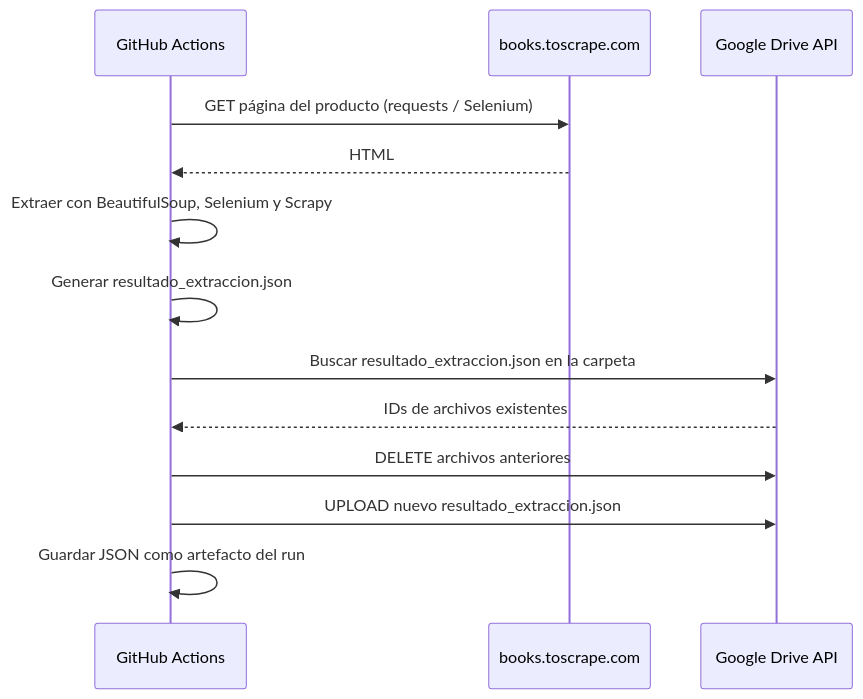
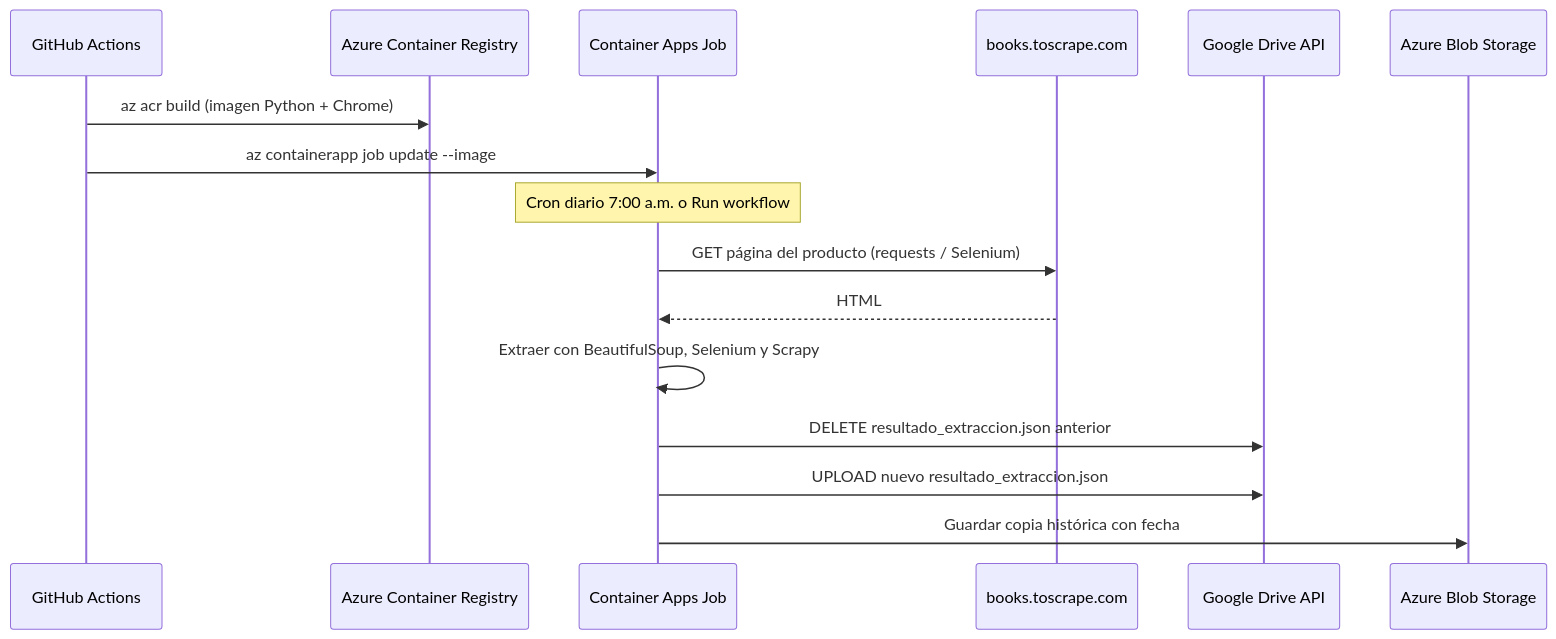
One commit to svalenciah19/p-analisis_datos-g10 changed the third of 3 diagrams in README.md. Above: the diagram before and after it, drawn with Mermaid. The commit also changed other lines of this file and 20 other files, not shown here.

First line of the commit message:
feat: Integrate Azure Blob Storage for historical data storage

````diff
--- a/README.md
+++ b/README.md
@@ -154,15 +190,18 @@
 ```mermaid
 sequenceDiagram
     participant GH as GitHub Actions
+    participant ACR as Azure Container Registry
+    participant Job as Container Apps Job
     participant Web as books.toscrape.com
     participant API as Google Drive API
-    GH->>Web: GET página del producto (requests / Selenium)
-    Web-->>GH: HTML
-    GH->>GH: Extraer con BeautifulSoup, Selenium y Scrapy
-    GH->>GH: Generar resultado_extraccion.json
-    GH->>API: Buscar resultado_extraccion.json en la carpeta
-    API-->>GH: IDs de archivos existentes
-    GH->>API: DELETE archivos anteriores
-    GH->>API: UPLOAD nuevo resultado_extraccion.json
-    GH->>GH: Guardar JSON como artefacto del run
+    participant Blob as Azure Blob Storage
+    GH->>ACR: az acr build (imagen Python + Chrome)
+    GH->>Job: az containerapp job update --image
+    Note over Job: Cron diario 7:00 a.m. o Run workflow
+    Job->>Web: GET página del producto (requests / Selenium)
+    Web-->>Job: HTML
+    Job->>Job: Extraer con BeautifulSoup, Selenium y Scrapy
+    Job->>API: DELETE resultado_extraccion.json anterior
+    Job->>API: UPLOAD nuevo resultado_extraccion.json
+    Job->>Blob: Guardar copia histórica con fecha
 ```
````
